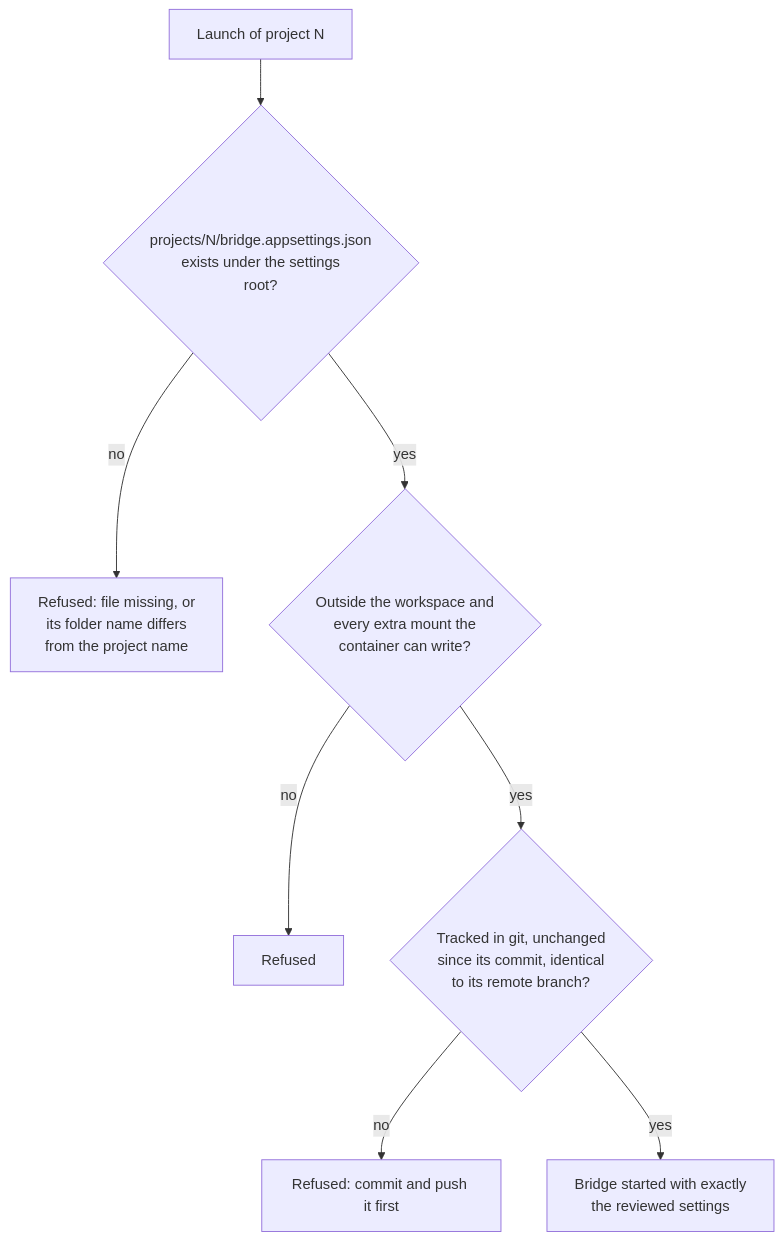
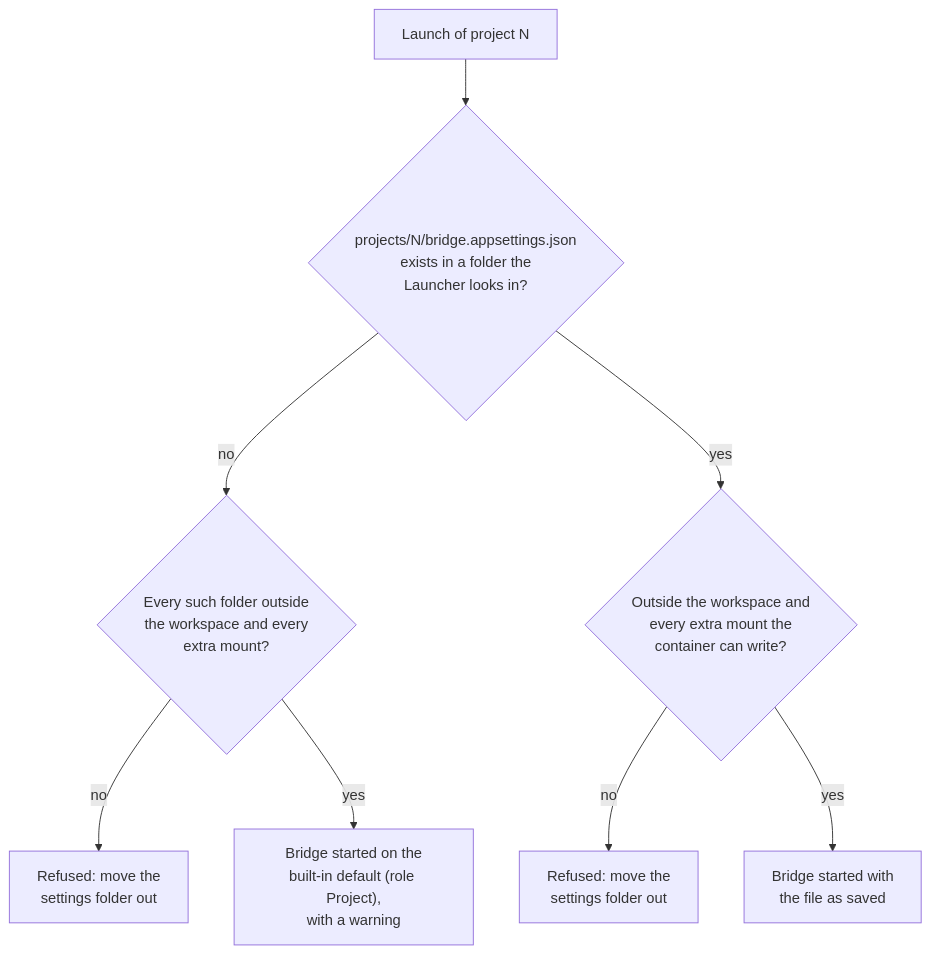
Before and after one commit to DogmaSolutions/Kyklos: the second of 2 diagrams in docs/INSTALL_AND_CONFIG.md, drawn with Mermaid. The commit also changed other lines of this file and 40 other files, not shown here.

````diff
--- a/docs/INSTALL_AND_CONFIG.md
+++ b/docs/INSTALL_AND_CONFIG.md
@@ -420,10 +432,10 @@
 ```mermaid
 flowchart TD
-    L["Launch of project N"] --> F{"projects/N/bridge.appsettings.json<br/>exists under the settings<br/>root?"}
-    F -->|"no"| X1["Refused: file missing, or<br/>its folder name differs<br/>from the project name"]
+    L["Launch of project N"] --> F{"projects/N/bridge.appsettings.json<br/>exists in a folder the<br/>Launcher looks in?"}
+    F -->|"no"| D{"Every such folder outside<br/>the workspace and every<br/>extra mount?"}
+    D -->|"no"| X0["Refused: move the<br/>settings folder out"]
+    D -->|"yes"| DB["Bridge started on the<br/>built-in default (role Project),<br/>with a warning"]
     F -->|"yes"| O{"Outside the workspace and<br/>every extra mount the<br/>container can write?"}
-    O -->|"no"| X2["Refused"]
-    O -->|"yes"| T{"Tracked in git, unchanged<br/>since its commit, identical<br/>to its remote branch?"}
-    T -->|"no"| X3["Refused: commit and push it first"]
-    T -->|"yes"| B["Bridge started with exactly<br/>the reviewed settings"]
+    O -->|"no"| X2["Refused: move the<br/>settings folder out"]
+    O -->|"yes"| B["Bridge started with<br/>the file as saved"]
 ```
````
